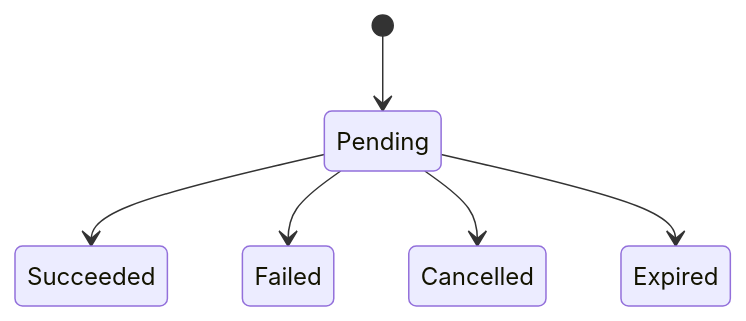
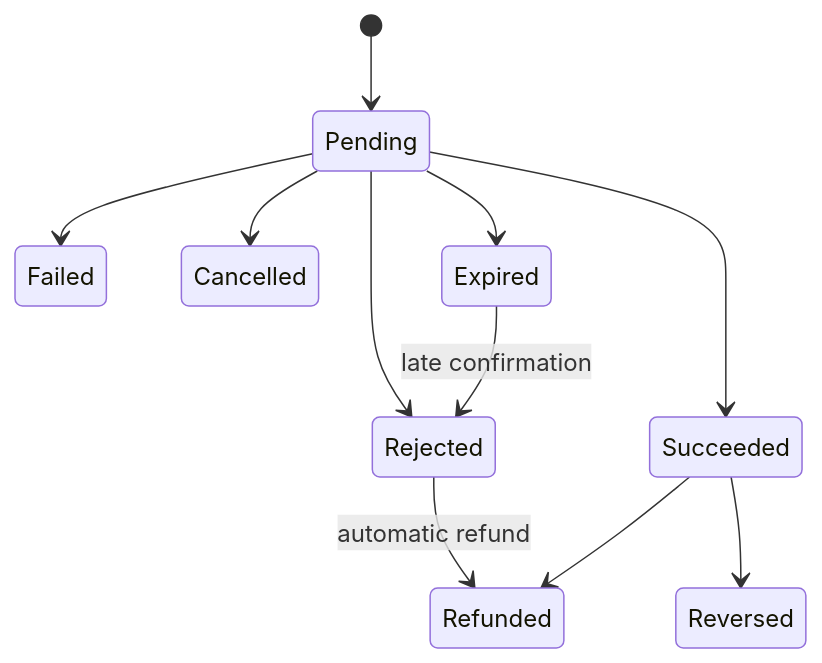
The diagram in doc/diagrams/v1/03-payment-states.mmd (kreativesahara/ticket), drawn with Mermaid before and after one commit. The commit also changed 35 other files, not shown here.

Commit message:
docs: add architecture diagrams, state machines, and documentation files

```diff
--- a/doc/diagrams/v1/03-payment-states.mmd
+++ b/doc/diagrams/v1/03-payment-states.mmd
@@ -1,6 +1,11 @@
 stateDiagram-v2
     [*] --> Pending
     Pending --> Succeeded
+    Pending --> Rejected
     Pending --> Failed
     Pending --> Cancelled
     Pending --> Expired
+    Expired --> Rejected : late confirmation
+    Rejected --> Refunded : automatic refund
+    Succeeded --> Refunded
+    Succeeded --> Reversed
```
